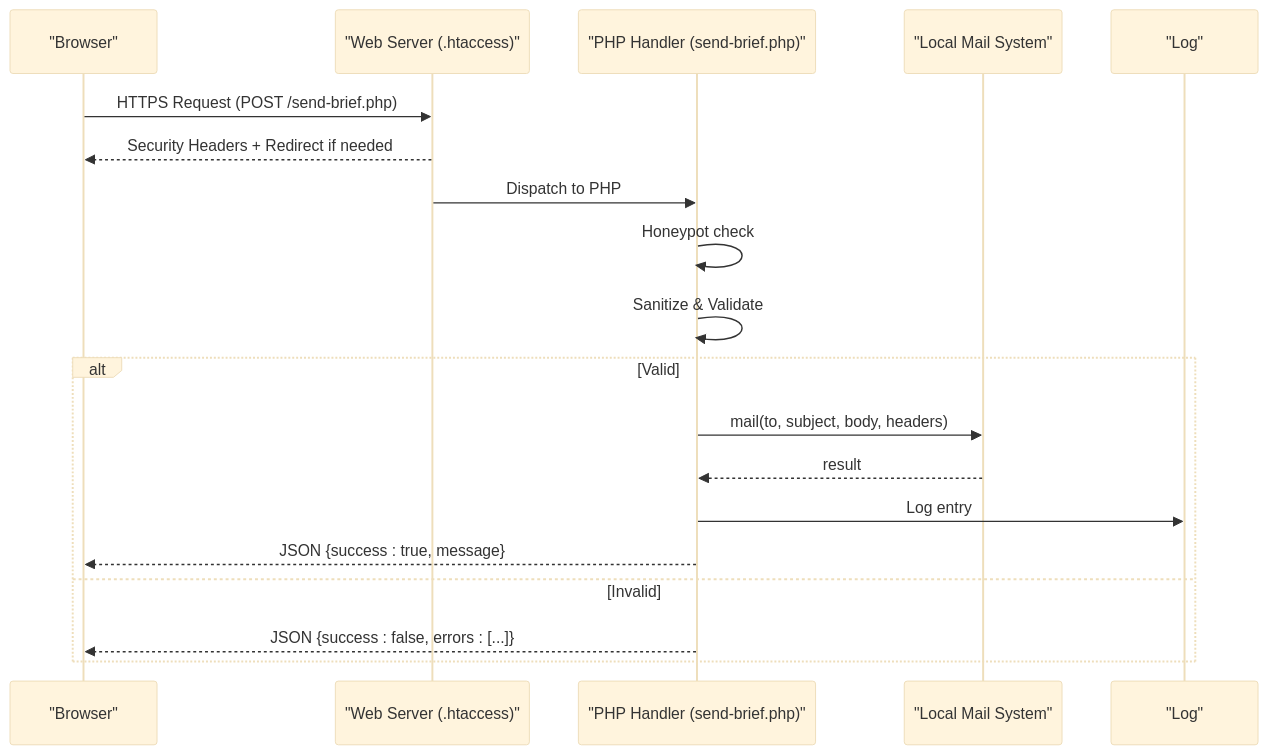
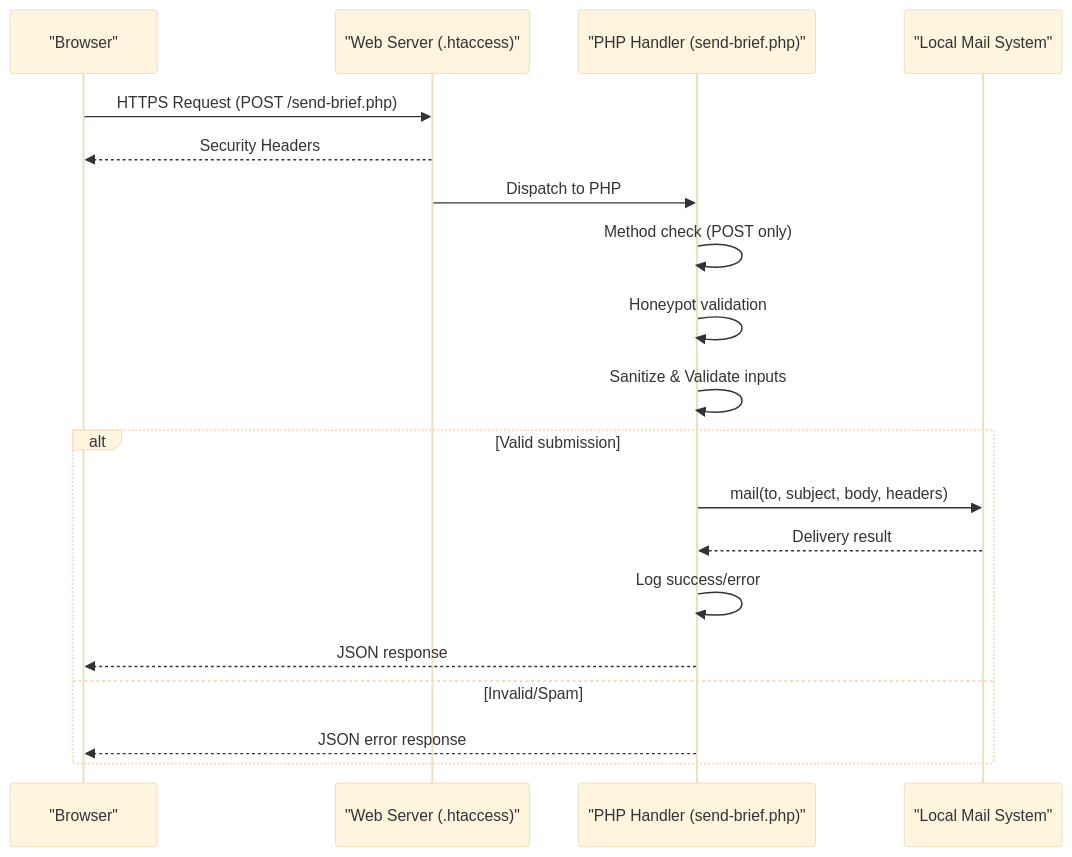
One commit to Vostrikov2014/emoo changed the second of 3 diagrams in .qoder/repowiki/en/content/Backend Processing.md. Above: the diagram before and after it, drawn with Mermaid (base theme). The commit also changed other lines of this file and 14 other files, not shown here.

````diff
--- a/.qoder/repowiki/en/content/Backend Processing.md
+++ b/.qoder/repowiki/en/content/Backend Processing.md
@@ -79,21 +97,21 @@
 ```mermaid
 sequenceDiagram
 participant B as "Browser"
 participant S as "Web Server (.htaccess)"
 participant P as "PHP Handler (send-brief.php)"
 participant M as "Local Mail System"
-participant L as "Log"
 B->>S : HTTPS Request (POST /send-brief.php)
-S-->>B : Security Headers + Redirect if needed
+S-->>B : Security Headers
 S->>P : Dispatch to PHP
-P->>P : Honeypot check
-P->>P : Sanitize & Validate
-alt Valid
+P->>P : Method check (POST only)
+P->>P : Honeypot validation
+P->>P : Sanitize & Validate inputs
+alt Valid submission
 P->>M : mail(to, subject, body, headers)
-M-->>P : result
-P->>L : Log entry
-P-->>B : JSON {success : true, message}
-else Invalid
-P-->>B : JSON {success : false, errors : [...]}
+M-->>P : Delivery result
+P->>P : Log success/error
+P-->>B : JSON response
+else Invalid/Spam
+P-->>B : JSON error response
 end
 ```
````
